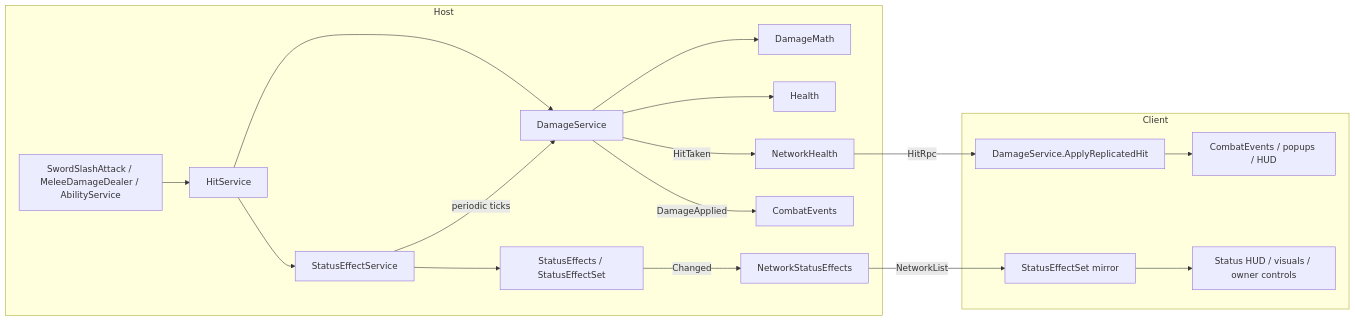
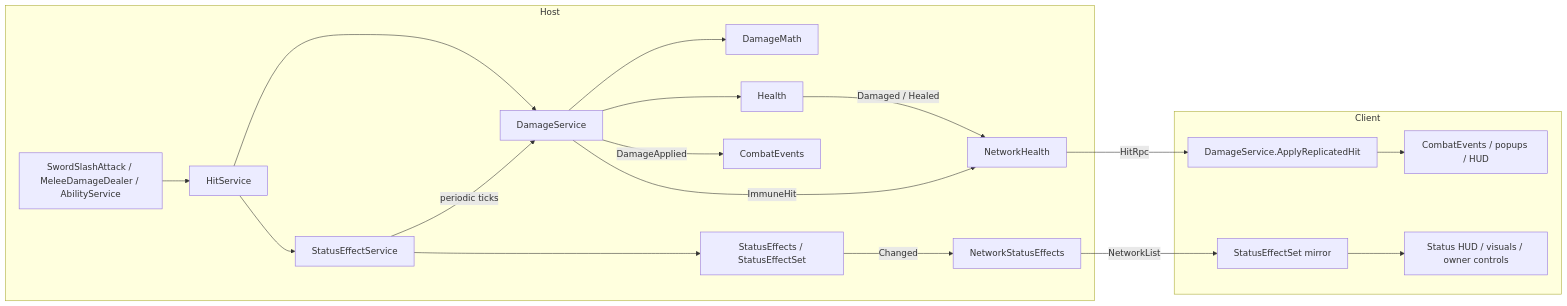
Before and after one commit to LuckyLph/Top-Down-RPG: the diagram in Docs/DamageAndStatusEffects.md, drawn with Mermaid. The commit also changed other lines of this file and 58 other files, not shown here.

````diff
--- a/Docs/DamageAndStatusEffects.md
+++ b/Docs/DamageAndStatusEffects.md
@@ -179,17 +179,18 @@
 ```mermaid
 flowchart LR
     subgraph Host
         Slash[SwordSlashAttack / MeleeDamageDealer / AbilityService] --> HitService
         HitService --> DamageService --> DamageMath
         DamageService --> Health
-        DamageService -- HitTaken --> NetworkHealthHost[NetworkHealth]
+        Health -- Damaged / Healed --> NetworkHealthHost[NetworkHealth]
+        DamageService -- ImmuneHit --> NetworkHealthHost
         DamageService -- DamageApplied --> Events[CombatEvents]
         HitService --> StatusEffectService --> Set[StatusEffects / StatusEffectSet]
         StatusEffectService -- periodic ticks --> DamageService
         Set -- Changed --> NetStatusHost[NetworkStatusEffects]
     end
     subgraph Client
         NetworkHealthHost -- HitRpc --> ReplayHit[DamageService.ApplyReplicatedHit] --> ClientEvents[CombatEvents / popups / HUD]
         NetStatusHost -- NetworkList --> ClientSet[StatusEffectSet mirror] --> Feedback[Status HUD / visuals / owner controls]
     end
 ```
````
